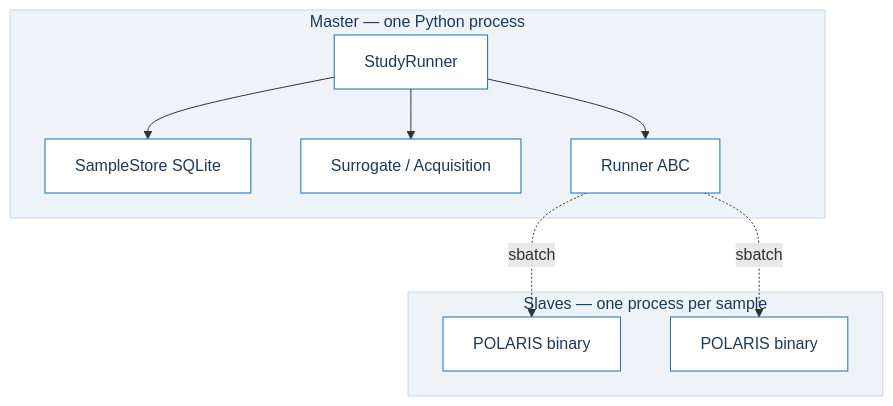
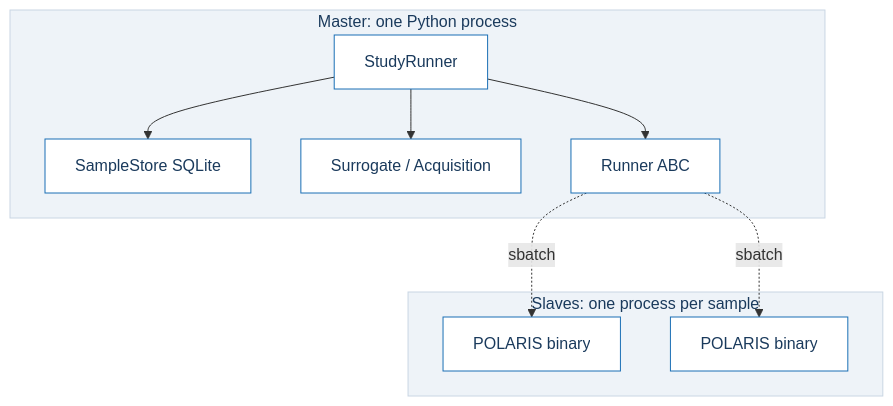
Before and after one commit to VadimSokolov/polarisopt: the second of 2 diagrams in taxidemo/slides/pug-2026.qmd, drawn with Mermaid. The commit also changed other lines of this file, not shown here.

````diff
--- a/taxidemo/slides/pug-2026.qmd
+++ b/taxidemo/slides/pug-2026.qmd
@@ -164,24 +164,24 @@
 ```{mermaid}
 %%| fig-width: 6
 graph TB
-    subgraph M["Master — one Python process"]
+    subgraph M["Master: one Python process"]
         SS[SampleStore SQLite]
         SR[StudyRunner]
         GP[Surrogate / Acquisition]
         RN[Runner ABC]
     end
-    subgraph SL["Slaves — one process per sample"]
+    subgraph SL["Slaves: one process per sample"]
         P1[POLARIS binary]
         P2[POLARIS binary]
     end
     SR --> SS
     SR --> GP
     SR --> RN
     RN -. sbatch .-> P1
     RN -. sbatch .-> P2
 
     classDef box fill:#ffffff,stroke:#1a6fb5,stroke-width:1px,color:#1a3a5c;
     class SS,SR,GP,RN,P1,P2 box;
     style M fill:#eef3f8,stroke:#c9d6e3,stroke-width:1px,color:#1a3a5c;
     style SL fill:#eef3f8,stroke:#c9d6e3,stroke-width:1px,color:#1a3a5c;
 ```
````
